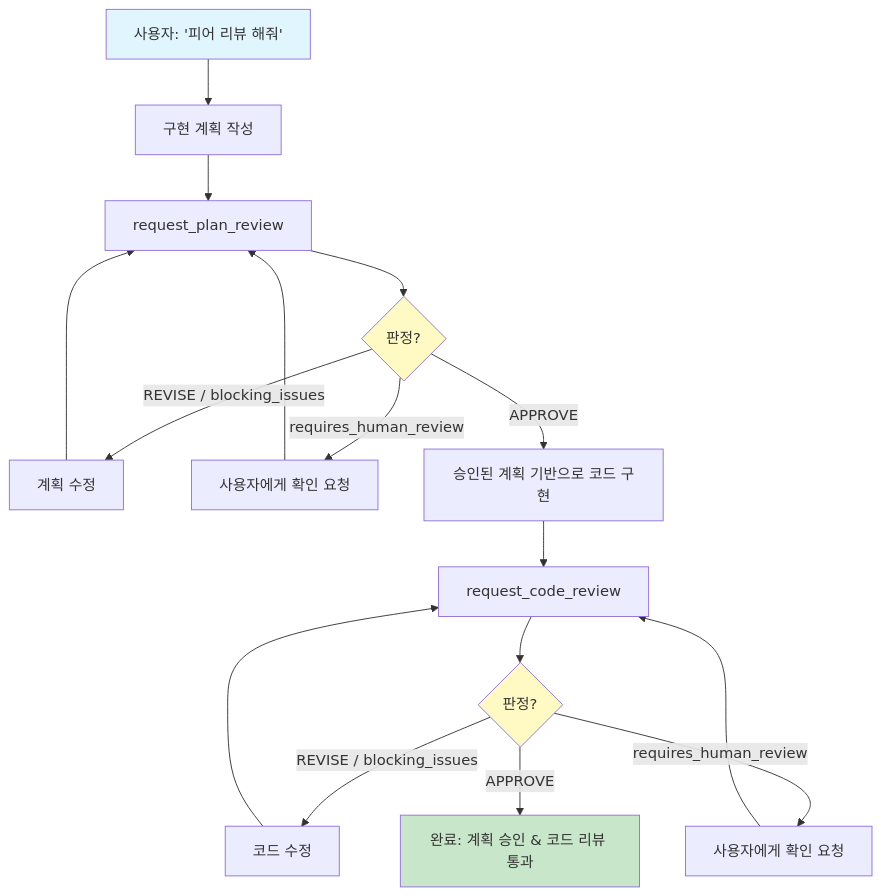
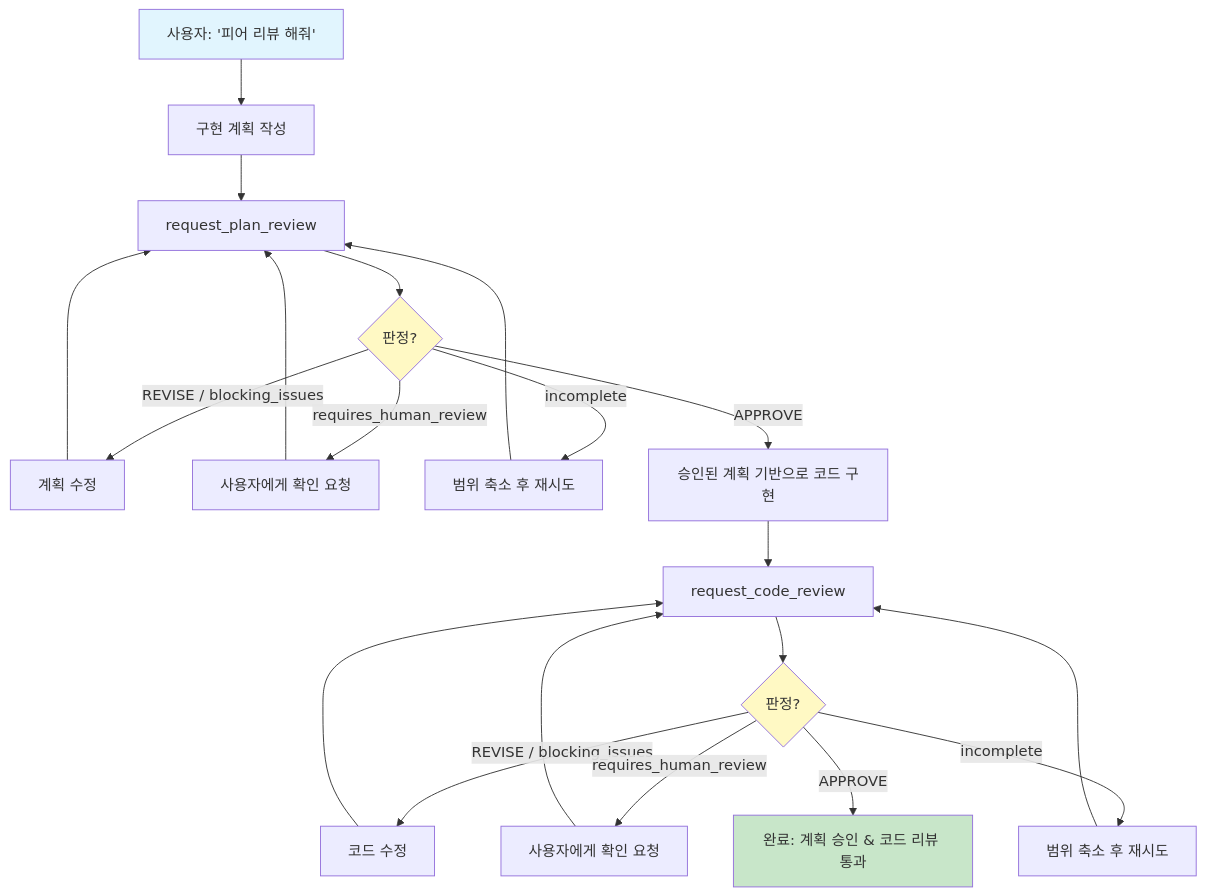
One commit to Planningo/duul changed the first of 2 diagrams in README.ko.md. Above: the diagram before and after it, drawn with Mermaid. The commit also changed other lines of this file and 21 other files, not shown here.

````diff
--- a/README.ko.md
+++ b/README.ko.md
@@ -20,23 +22,27 @@
 ```mermaid
 flowchart TD
     A["사용자: '피어 리뷰 해줘'"] --> B[구현 계획 작성]
     B --> C[request_plan_review]
     C --> D{판정?}
     D -- "REVISE / blocking_issues" --> E[계획 수정]
     E --> C
     D -- "requires_human_review" --> F[사용자에게 확인 요청]
     F --> C
+    D -- "incomplete" --> C2[범위 축소 후 재시도]
+    C2 --> C
     D -- "APPROVE" --> G[승인된 계획 기반으로 코드 구현]
     G --> H[request_code_review]
     H --> I{판정?}
     I -- "REVISE / blocking_issues" --> J[코드 수정]
     J --> H
     I -- "requires_human_review" --> K[사용자에게 확인 요청]
     K --> H
+    I -- "incomplete" --> H2[범위 축소 후 재시도]
+    H2 --> H
     I -- "APPROVE" --> L["완료: 계획 승인 & 코드 리뷰 통과"]
 
     style A fill:#e1f5fe
     style L fill:#c8e6c9
     style D fill:#fff9c4
     style I fill:#fff9c4
 ```
````
